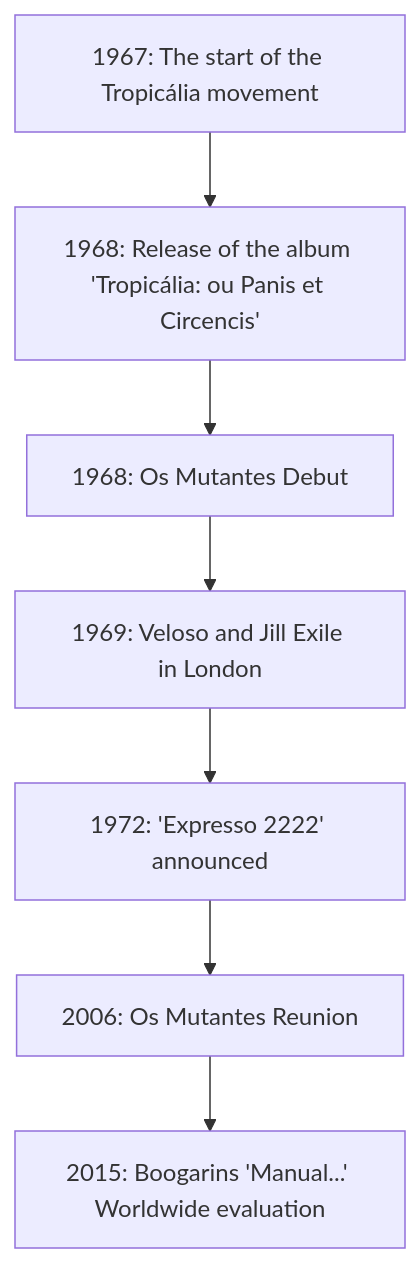
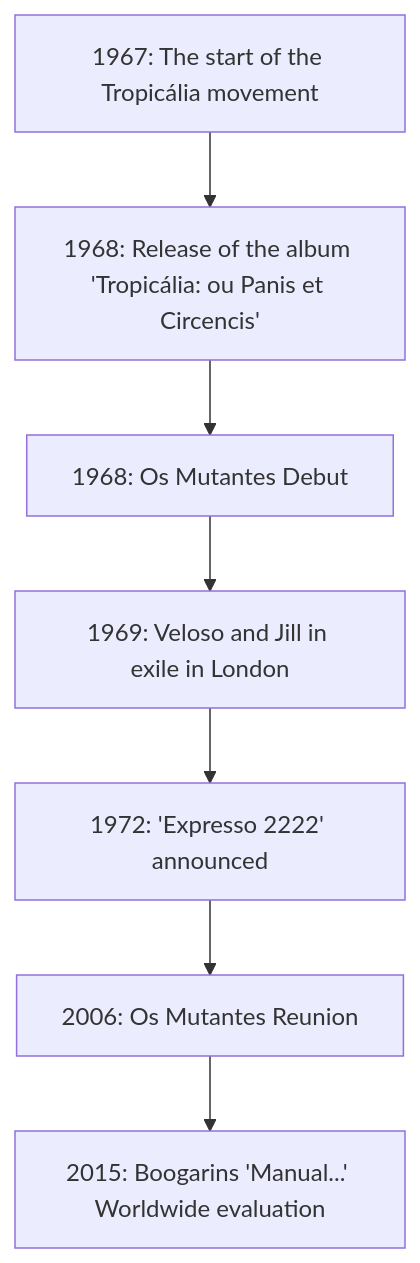
One commit to monumental-movement/monumental-movement.github.io changed the diagram in en/_posts/2025-10-08-Colum-Brazilian-Psychedelic-Music.md. Above: the diagram before and after it, drawn with Mermaid. The commit also changed other lines of this file and 395 other files, not shown here.

```diff
--- a/en/_posts/2025-10-08-Colum-Brazilian-Psychedelic-Music.md
+++ b/en/_posts/2025-10-08-Colum-Brazilian-Psychedelic-Music.md
@@ -103,14 +103,14 @@
 <div class="mermaid">
 
 flowchart TD
     A1967["1967: The start of the Tropicália movement"]
     A1968a["1968: Release of the album 'Tropicália: ou Panis et Circencis'"]
     A1968b["1968: Os Mutantes Debut"]
-    A1969["1969: Veloso and Jill Exile in London"]
+    A1969["1969: Veloso and Jill in exile in London"]
     A1972["1972: 'Expresso 2222' announced"]
     A2006["2006: Os Mutantes Reunion"]
     A2015["2015: Boogarins 'Manual...' Worldwide evaluation"]
 
     A1967 --> A1968a --> A1968b --> A1969 --> A1972 --> A2006 --> A2015
 
 </div>
```
